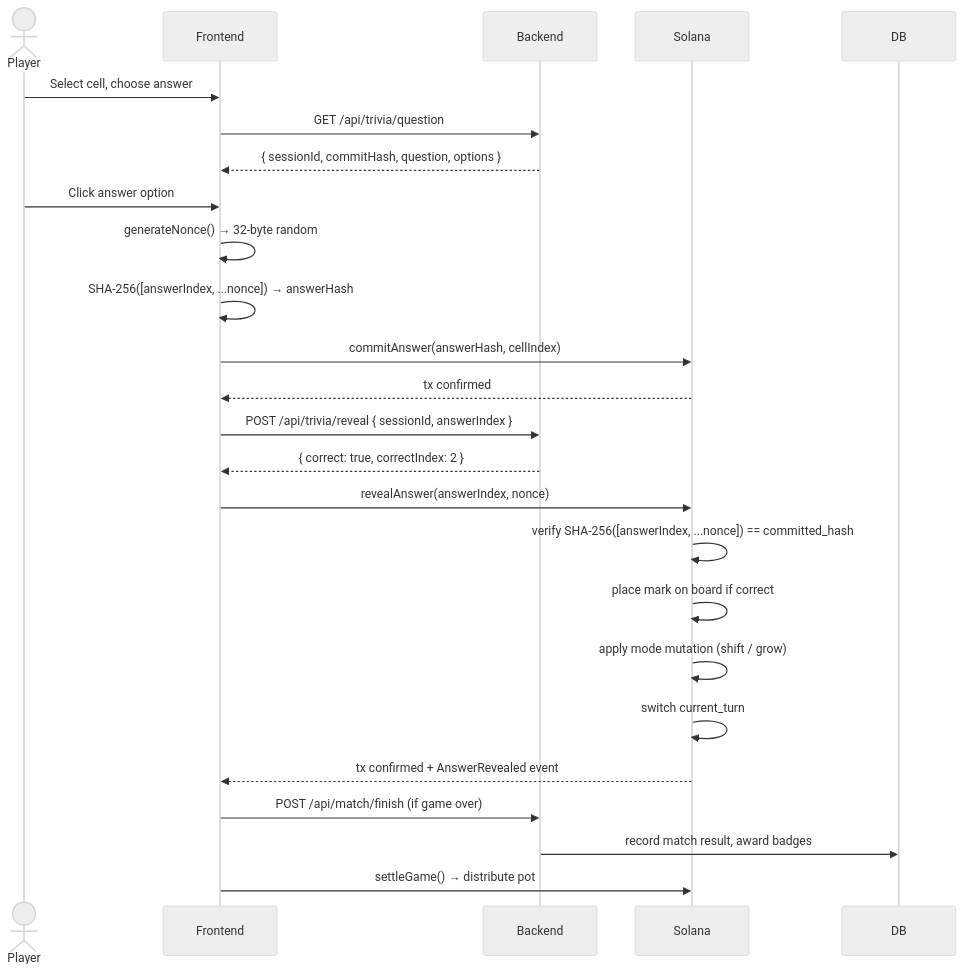
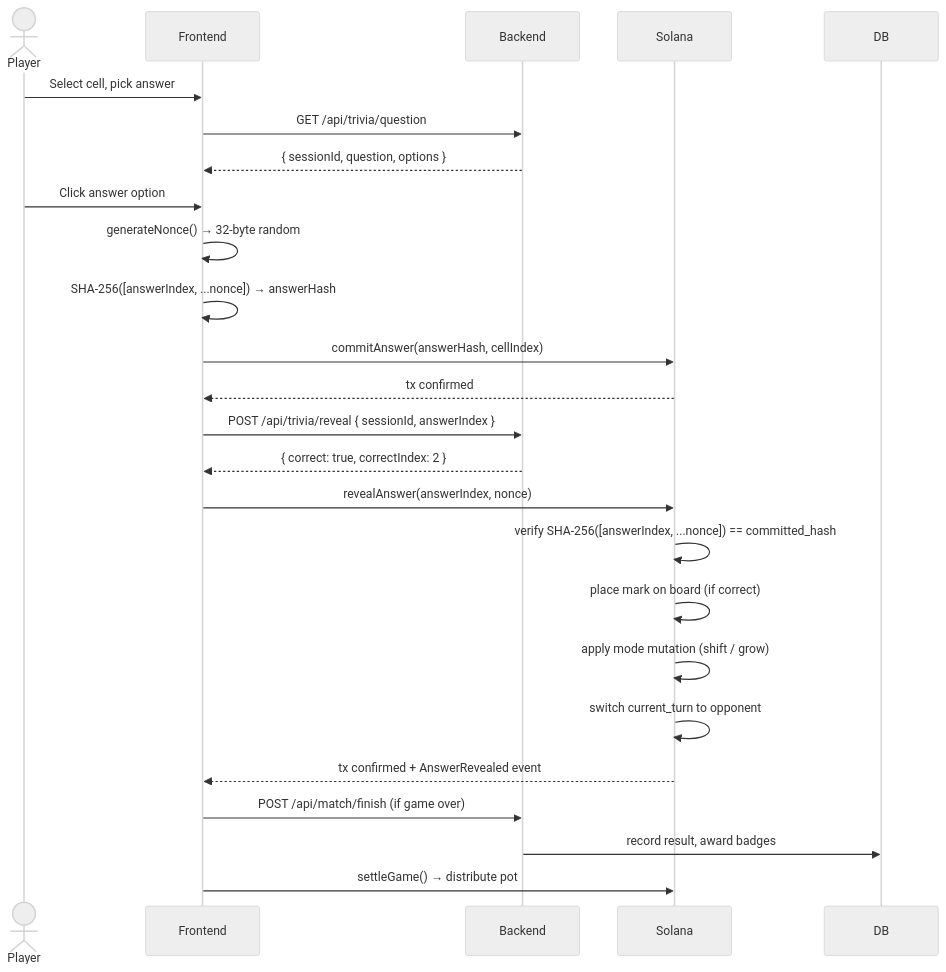
The second of 4 diagrams in docs/ARCHITECTURE.md (im-f-nuel/MinDDuel), drawn with Mermaid (neutral theme) before and after one commit. The commit also changed other lines of this file and 6 other files, not shown here.

````diff
--- a/docs/ARCHITECTURE.md
+++ b/docs/ARCHITECTURE.md
@@ -83,31 +81,31 @@
 ```mermaid
 sequenceDiagram
     actor Player
     participant UI as Frontend
     participant BE as Backend
     participant Chain as Solana
 
-    Player->>UI: Select cell, choose answer
+    Player->>UI: Select cell, pick answer
     UI->>BE: GET /api/trivia/question
-    BE-->>UI: { sessionId, commitHash, question, options }
+    BE-->>UI: { sessionId, question, options }
 
     Player->>UI: Click answer option
     UI->>UI: generateNonce() → 32-byte random
     UI->>UI: SHA-256([answerIndex, ...nonce]) → answerHash
     UI->>Chain: commitAnswer(answerHash, cellIndex)
     Chain-->>UI: tx confirmed
 
     UI->>BE: POST /api/trivia/reveal { sessionId, answerIndex }
     BE-->>UI: { correct: true, correctIndex: 2 }
 
     UI->>Chain: revealAnswer(answerIndex, nonce)
     Chain->>Chain: verify SHA-256([answerIndex, ...nonce]) == committed_hash
-    Chain->>Chain: place mark on board if correct
+    Chain->>Chain: place mark on board (if correct)
     Chain->>Chain: apply mode mutation (shift / grow)
-    Chain->>Chain: switch current_turn
+    Chain->>Chain: switch current_turn to opponent
     Chain-->>UI: tx confirmed + AnswerRevealed event
 
     UI->>BE: POST /api/match/finish (if game over)
-    BE->>DB: record match result, award badges
+    BE->>DB: record result, award badges
     UI->>Chain: settleGame() → distribute pot
 ```
````
